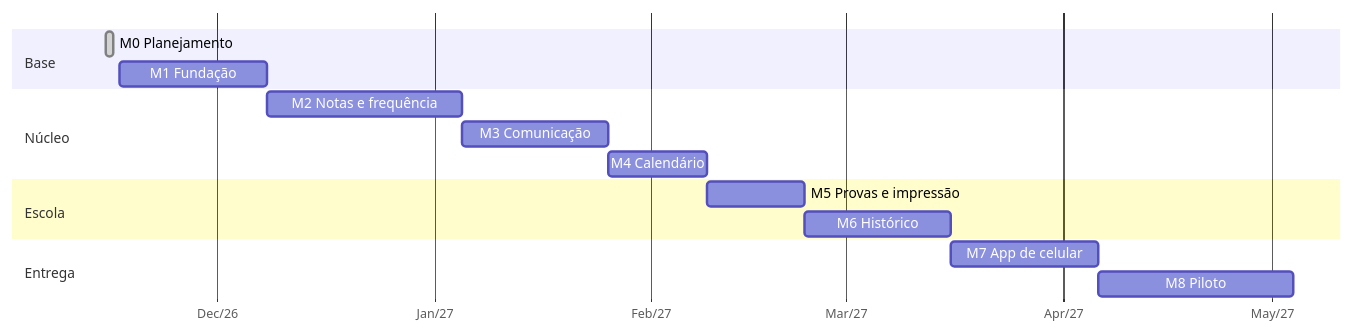
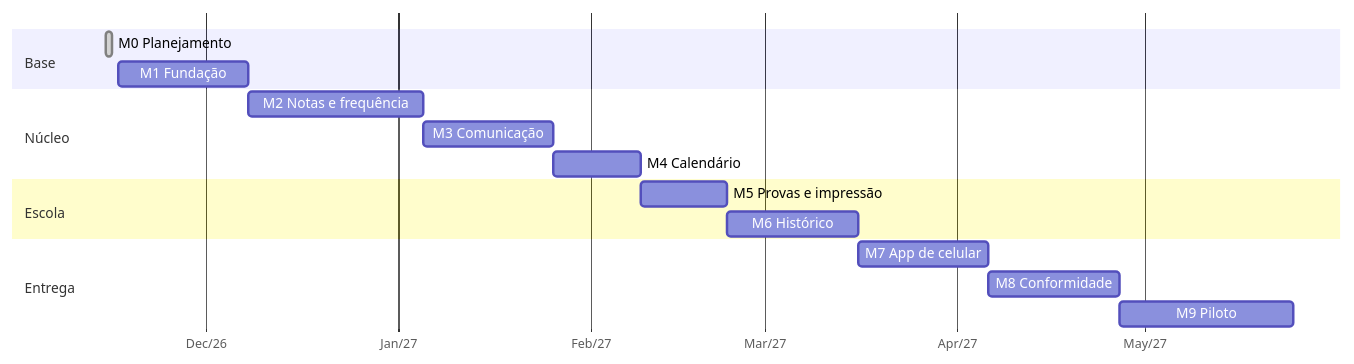
The diagram in website/docs/roadmap.md (EttoreCSenatore/caderneta), drawn with Mermaid before and after one commit. The commit also changed other lines of this file and 1 other file, not shown here.

Commit message:
Roadmap: marco M8 de conformidade, segurança e licenças (piloto vira M9) (#6)

````diff
--- a/website/docs/roadmap.md
+++ b/website/docs/roadmap.md
@@ -23,18 +24,19 @@
 ```mermaid
 gantt
   dateFormat YYYY-MM-DD
   axisFormat %b/%y
   section Base
   M0 Planejamento        :done, m0, 2026-11-15, 1d
   M1 Fundação            :m1, 2026-11-17, 3w
   section Núcleo
   M2 Notas e frequência  :m2, after m1, 4w
   M3 Comunicação         :m3, after m2, 3w
   M4 Calendário          :m4, after m3, 2w
   section Escola
   M5 Provas e impressão  :m5, after m4, 2w
   M6 Histórico           :m6, after m5, 3w
   section Entrega
   M7 App de celular      :m7, after m6, 3w
-  M8 Piloto              :m8, after m7, 4w
+  M8 Conformidade        :m8, after m7, 3w
+  M9 Piloto              :m9, after m8, 4w
 ```
````
